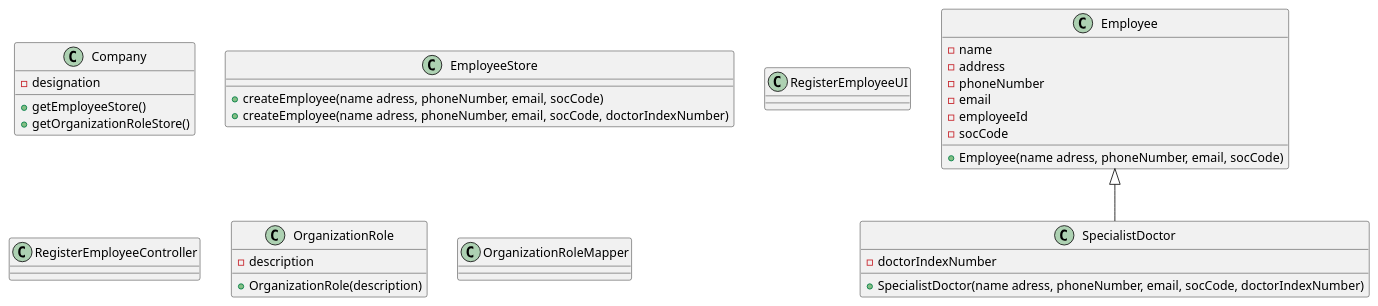
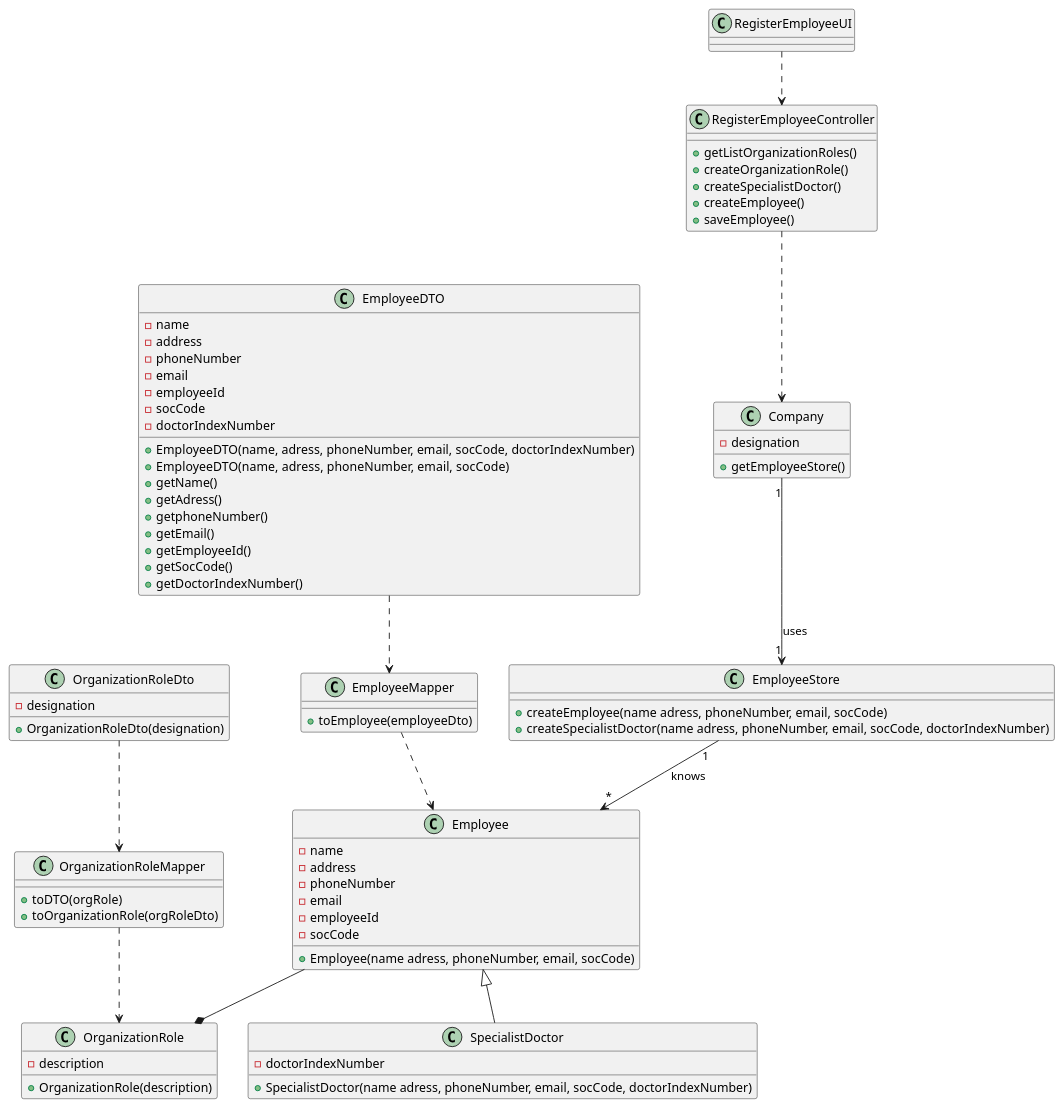
One commit to manu-07-ela/LAPR2_ISEP changed the diagram in docs/SprintB/US7/US07-CD.puml. Above: the diagram before and after it, drawn with PlantUML. The commit also changed 4 other files, not shown here.

Commit message:
Adding the class diagram of US7

```diff
--- a/docs/SprintB/US7/US07-CD.puml
+++ b/docs/SprintB/US7/US07-CD.puml
@@ -1,49 +1,101 @@
 @startuml
 'https://plantuml.com/class-diagram
 
 class Company
 class Employee
 class EmployeeStore
 class RegisterEmployeeUI
 class RegisterEmployeeController
 class OrganizationRole
 class SpecialistDoctor
 class OrganizationRoleMapper
+class EmployeeDTO
+class EmployeeMapper
 
 class Company{
 -designation
 +getEmployeeStore()
-+getOrganizationRoleStore()
+
 }
 
 class Employee{
 -name
 -address
 -phoneNumber
 -email
 -employeeId
 -socCode
 +Employee(name adress, phoneNumber, email, socCode)
 
 }
 class SpecialistDoctor{
 -doctorIndexNumber
 +SpecialistDoctor(name adress, phoneNumber, email, socCode, doctorIndexNumber)
 
 }
 
 class OrganizationRole{
 -description
 +OrganizationRole(description)
 }
 
 
 
 class EmployeeStore{
 +createEmployee(name adress, phoneNumber, email, socCode)
-+createEmployee(name adress, phoneNumber, email, socCode, doctorIndexNumber)
++createSpecialistDoctor(name adress, phoneNumber, email, socCode, doctorIndexNumber)
+}
+
+class RegisterEmployeeController{
++getListOrganizationRoles()
++createOrganizationRole()
++createSpecialistDoctor()
++createEmployee()
++saveEmployee()
 
 }
+class EmployeeDTO{
+-name
+-address
+-phoneNumber
+-email
+-employeeId
+-socCode
+-doctorIndexNumber
++EmployeeDTO(name, adress, phoneNumber, email, socCode, doctorIndexNumber)
++EmployeeDTO(name, adress, phoneNumber, email, socCode)
++getName()
++getAdress()
++getphoneNumber()
++getEmail()
++getEmployeeId()
++getSocCode()
++getDoctorIndexNumber()
+}
 
+class EmployeeMapper{
++toEmployee(employeeDto)
+}
+
+class OrganizationRoleMapper{
++toDTO(orgRole)
++toOrganizationRole(orgRoleDto)
+}
+
+class OrganizationRoleDto{
+-designation
++OrganizationRoleDto(designation)
+}
+
+EmployeeMapper..>Employee
+EmployeeDTO..>EmployeeMapper
+Company "1"-->"1" EmployeeStore : uses
 Employee<|--SpecialistDoctor
+RegisterEmployeeController ..>Company
+Employee --* OrganizationRole
+RegisterEmployeeUI ..> RegisterEmployeeController
+EmployeeStore "1"-->"*" Employee  : knows
+
+OrganizationRoleMapper..>OrganizationRole
+OrganizationRoleDto..>OrganizationRoleMapper
 @enduml
```
